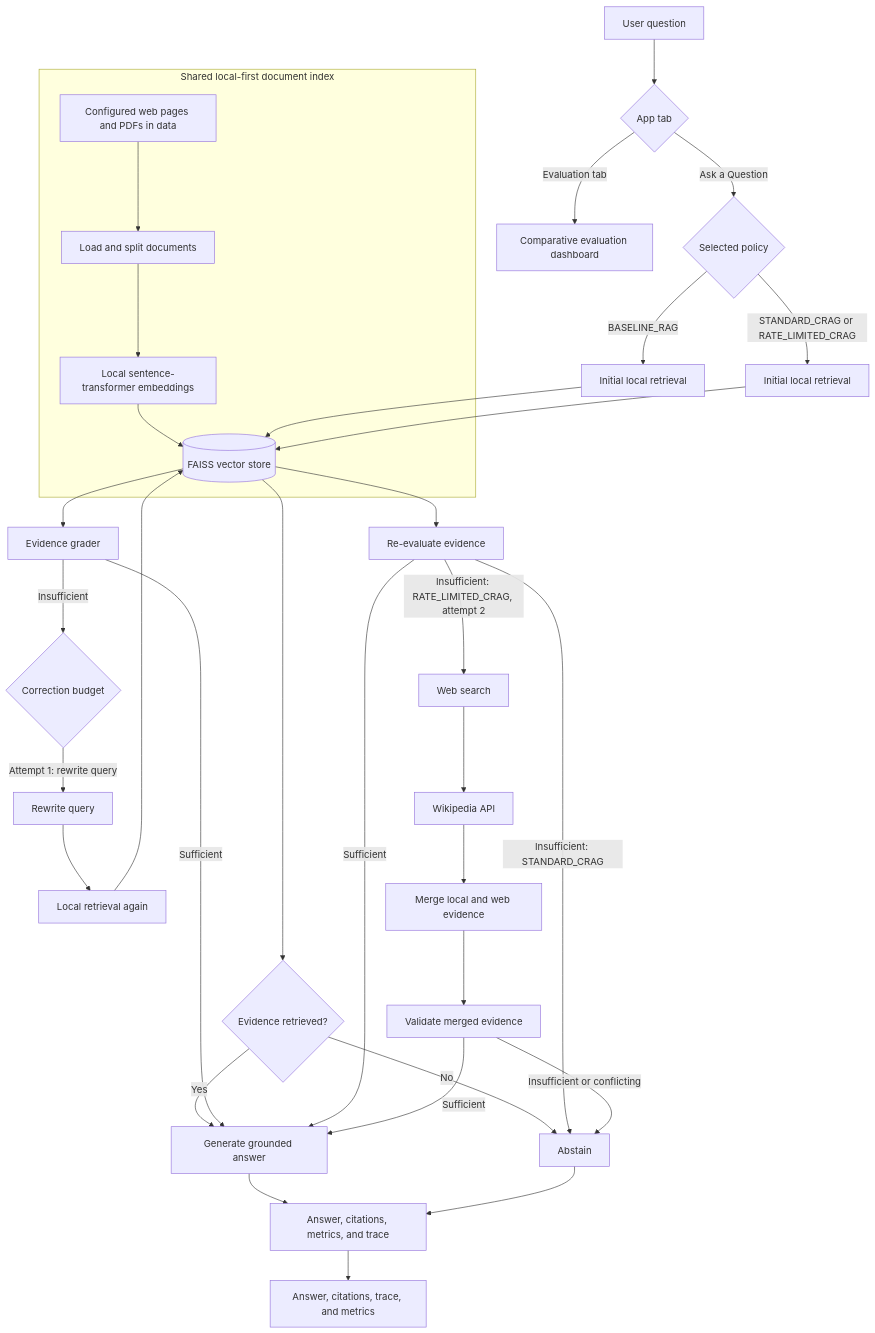
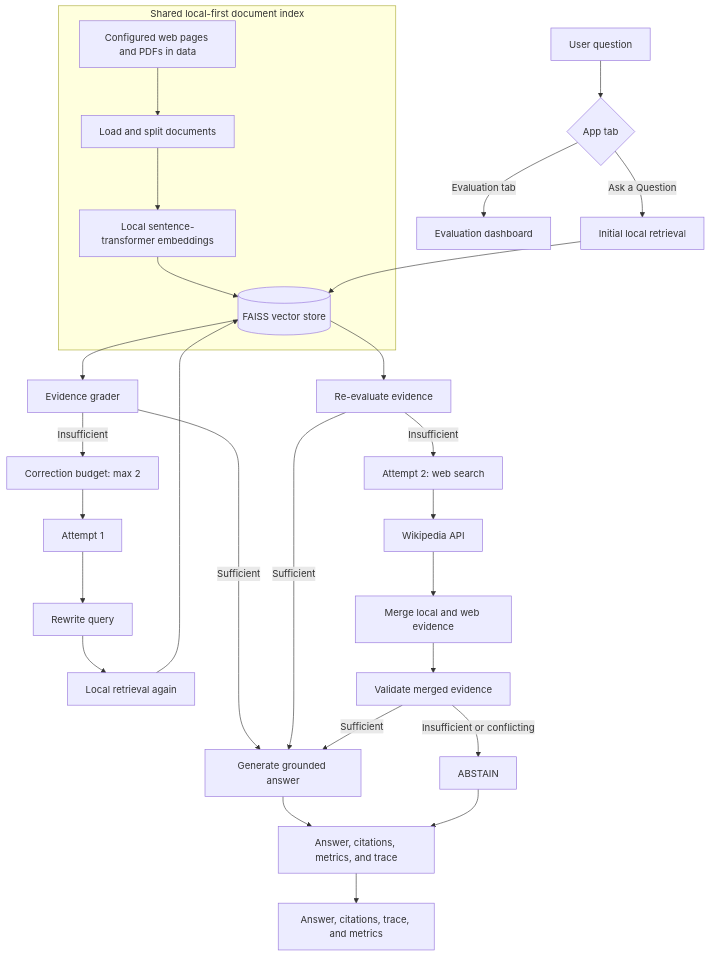
The diagram in README.md (proindra/prompt_mini_project), drawn with Mermaid before and after one commit. The commit also changed other lines of this file and 5 other files, not shown here.

Commit message:
Enforce strict budget-constrained CRAG flow

````diff
--- a/README.md
+++ b/README.md
@@ -151,42 +151,35 @@
 ```mermaid
 flowchart TD
     Q[User question] --> UI{App tab}
 
     subgraph SharedIndex[Shared local-first document index]
         SRC[Configured web pages and PDFs in data]
         PROC[Load and split documents]
         EMB[Local sentence-transformer embeddings]
         V[(FAISS vector store)]
         SRC --> PROC --> EMB --> V
     end
 
-    UI -->|Ask a Question| POLICY{Selected policy}
-    POLICY -->|BASELINE_RAG| BASE[Initial local retrieval]
-    BASE --> V
-    V --> BASECHECK{Evidence retrieved?}
-    BASECHECK -->|Yes| GEN[Generate grounded answer]
-    BASECHECK -->|No| ABSTAIN[Abstain]
-
-    POLICY -->|STANDARD_CRAG or RATE_LIMITED_CRAG| RET1[Initial local retrieval]
+    UI -->|Ask a Question| RET1[Initial local retrieval]
     RET1 --> V
     V --> GRADE1[Evidence grader]
-    GRADE1 -->|Sufficient| GEN
-    GRADE1 -->|Insufficient| BUDGET{Correction budget}
-    BUDGET -->|Attempt 1: rewrite query| REWRITE[Rewrite query]
+    GRADE1 -->|Sufficient| GEN[Generate grounded answer]
+    GRADE1 -->|Insufficient| BUDGET[Correction budget: max 2]
+    BUDGET --> ATTEMPT1[Attempt 1]
+    ATTEMPT1 --> REWRITE[Rewrite query]
     REWRITE --> RET2[Local retrieval again]
     RET2 --> V
     V --> GRADE2[Re-evaluate evidence]
     GRADE2 -->|Sufficient| GEN
-    GRADE2 -->|Insufficient: STANDARD_CRAG| ABSTAIN
-    GRADE2 -->|Insufficient: RATE_LIMITED_CRAG, attempt 2| WEB[Web search]
-    WEB --> WIKI[Wikipedia API]
-    WIKI --> MERGE[Merge local and web evidence]
+    GRADE2 -->|Insufficient| ATTEMPT2[Attempt 2: web search]
+    ATTEMPT2 --> WEB[Wikipedia API]
+    WEB --> MERGE[Merge local and web evidence]
     MERGE --> GRADE3[Validate merged evidence]
     GRADE3 -->|Sufficient| GEN
     GRADE3 -->|Insufficient or conflicting| ABSTAIN
 
     GEN --> RESULT[Answer, citations, metrics, and trace]
     ABSTAIN --> RESULT
     RESULT --> DASH[Answer, citations, trace, and metrics]
-    UI -->|Evaluation tab| EVAL[Comparative evaluation dashboard]
+    UI -->|Evaluation tab| EVAL[Evaluation dashboard]
 ```
````
